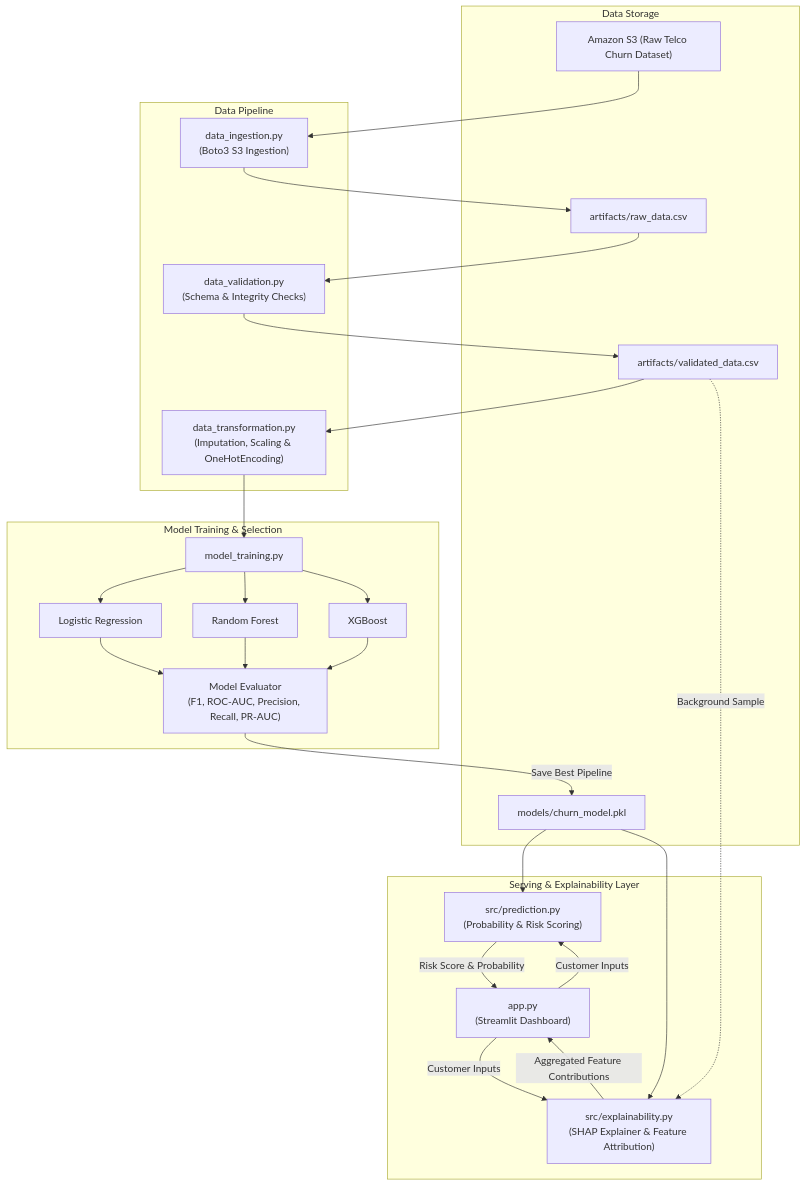
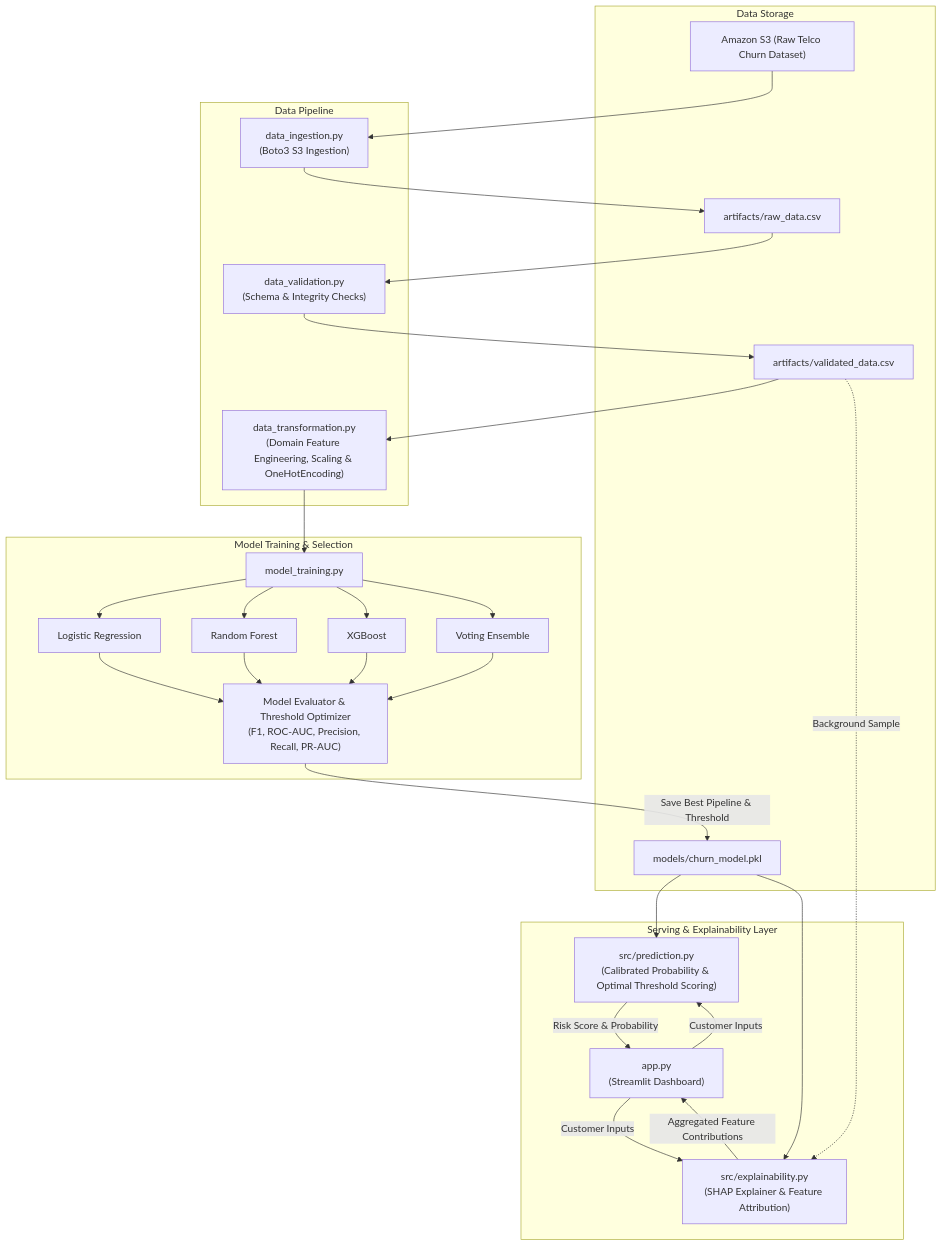
The diagram in README.md (Ujjwal-Bajpayee/ChurnShield), drawn with Mermaid before and after one commit. The commit also changed other lines of this file and 6 other files, not shown here.

````diff
--- a/README.md
+++ b/README.md
@@ -15,43 +15,44 @@
 ```mermaid
 flowchart TD
     subgraph Storage["Data Storage"]
         S3["Amazon S3 (Raw Telco Churn Dataset)"]
         RawCSV["artifacts/raw_data.csv"]
         ValCSV["artifacts/validated_data.csv"]
         ModelPkl["models/churn_model.pkl"]
     end
 
     subgraph Pipeline["Data Pipeline"]
         Ingest["data_ingestion.py\n(Boto3 S3 Ingestion)"]
         Validate["data_validation.py\n(Schema & Integrity Checks)"]
-        Transform["data_transformation.py\n(Imputation, Scaling & OneHotEncoding)"]
+        Transform["data_transformation.py\n(Domain Feature Engineering, Scaling & OneHotEncoding)"]
     end
 
     subgraph Modeling["Model Training & Selection"]
         Train["model_training.py"]
         LR["Logistic Regression"]
         RF["Random Forest"]
         XGB["XGBoost"]
-        Eval["Model Evaluator\n(F1, ROC-AUC, Precision, Recall, PR-AUC)"]
+        Ens["Voting Ensemble"]
+        Eval["Model Evaluator & Threshold Optimizer\n(F1, ROC-AUC, Precision, Recall, PR-AUC)"]
     end
 
     subgraph Serving["Serving & Explainability Layer"]
         UI["app.py\n(Streamlit Dashboard)"]
-        Predictor["src/prediction.py\n(Probability & Risk Scoring)"]
+        Predictor["src/prediction.py\n(Calibrated Probability & Optimal Threshold Scoring)"]
         Explainer["src/explainability.py\n(SHAP Explainer & Feature Attribution)"]
     end
 
     S3 --> Ingest --> RawCSV --> Validate --> ValCSV --> Transform
     Transform --> Train
-    Train --> LR & RF & XGB --> Eval
-    Eval -->|Save Best Pipeline| ModelPkl
+    Train --> LR & RF & XGB & Ens --> Eval
+    Eval -->|Save Best Pipeline & Threshold| ModelPkl
 
     ModelPkl --> Predictor
     ModelPkl --> Explainer
     ValCSV -.->|Background Sample| Explainer
 
     UI -->|Customer Inputs| Predictor
     UI -->|Customer Inputs| Explainer
     Predictor -->|Risk Score & Probability| UI
     Explainer -->|Aggregated Feature Contributions| UI
 ```
````
